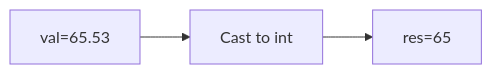
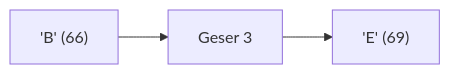
One commit to amnahwaida/OSNK_INF_PREP changed the fourth of 25 diagrams in part-c-pemahaman-cpp/01-tipe-data/latihan/set-10.md. Above: the diagram before and after it, drawn with Mermaid. The commit also changed other lines of this file and 71 other files, not shown here.

````diff
--- a/part-c-pemahaman-cpp/01-tipe-data/latihan/set-10.md
+++ b/part-c-pemahaman-cpp/01-tipe-data/latihan/set-10.md
@@ -131,5 +105,5 @@
 ```mermaid
 graph LR
-A["val=65.53"] --> B["Cast to int"]
-B --> C["res=65"]
+A["'B' (66)"] --> B["Geser 3"]
+B --> C["'E' (69)"]
 ```
````
